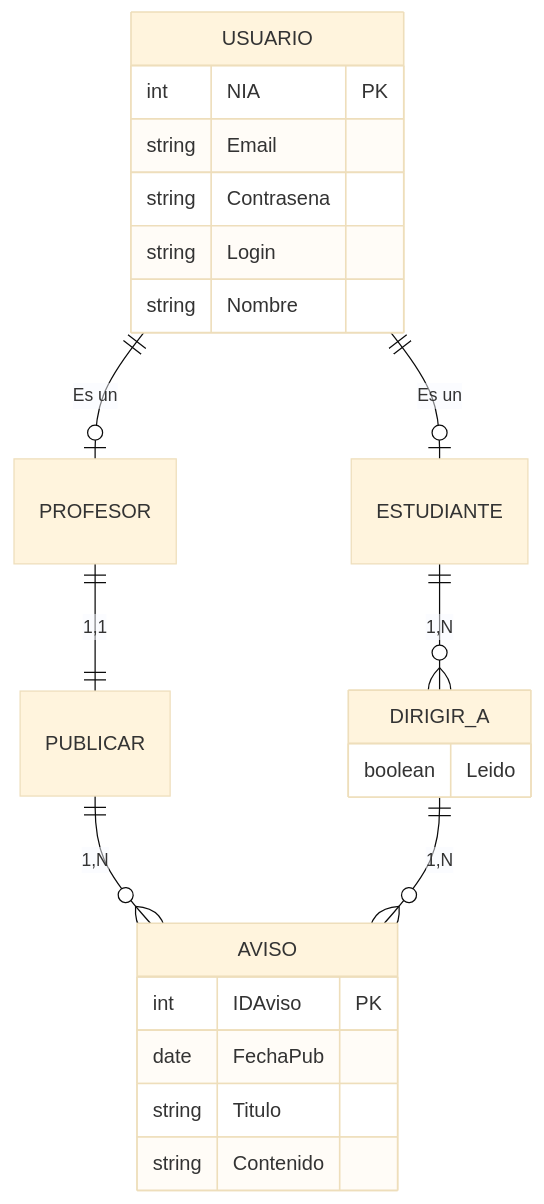
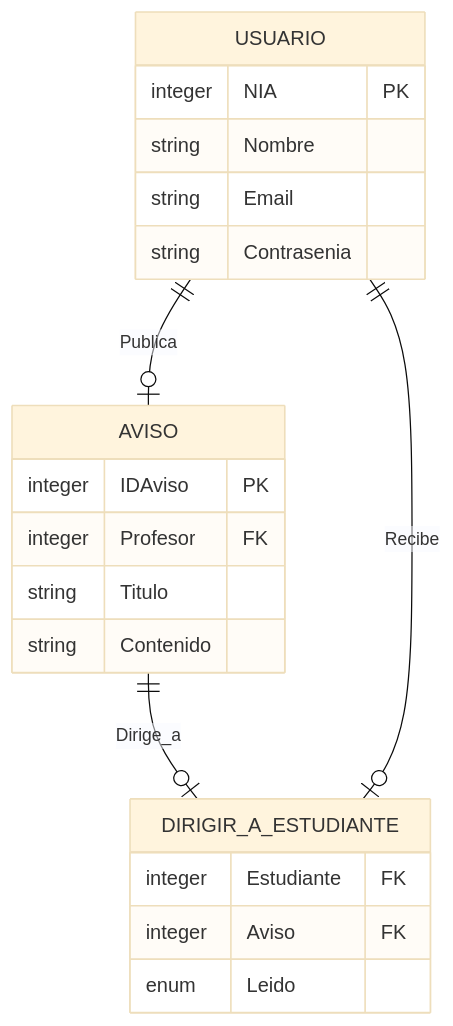
One commit to asobrados03/TWEB-Notificador-Avisos changed the first of 3 diagrams in README.md. Above: the diagram before and after it, drawn with Mermaid (base theme).

````diff
--- a/README.md
+++ b/README.md
@@ -8,33 +8,24 @@
 ```mermaid
 erDiagram
     USUARIO {
-        int NIA PK
+        integer NIA PK
+        string Nombre
         string Email
-        string Contrasena
-        string Login
-        string Nombre
+        string Contrasenia
     }
-
-    %% Relación jerárquica
-    USUARIO ||--o| PROFESOR : "Es un"
-    USUARIO ||--o| ESTUDIANTE : "Es un"
-
-    %% Relaciones entre las entidades
-    PROFESOR ||--|| PUBLICAR : "1,1"
-    PUBLICAR ||--o{ AVISO : "1,N"
-    ESTUDIANTE ||--o{ DIRIGIR_A : "1,N"
-    DIRIGIR_A ||--o{ AVISO : "1,N"
-
-    %% Relación DIRIGIR_A con atributo
-    DIRIGIR_A {
-        boolean Leido
-    }
-
-    %% Entidades
     AVISO {
-        int IDAviso PK
-        date FechaPub
+        integer IDAviso PK
+        integer Profesor FK
         string Titulo
         string Contenido
     }
+    DIRIGIR_A_ESTUDIANTE {
+        integer Estudiante FK
+        integer Aviso FK
+        enum Leido
+    }
+
+    USUARIO ||--o| AVISO : Publica
+    AVISO ||--o| DIRIGIR_A_ESTUDIANTE : Dirige_a
+    USUARIO ||--o| DIRIGIR_A_ESTUDIANTE : Recibe
 ```
````
